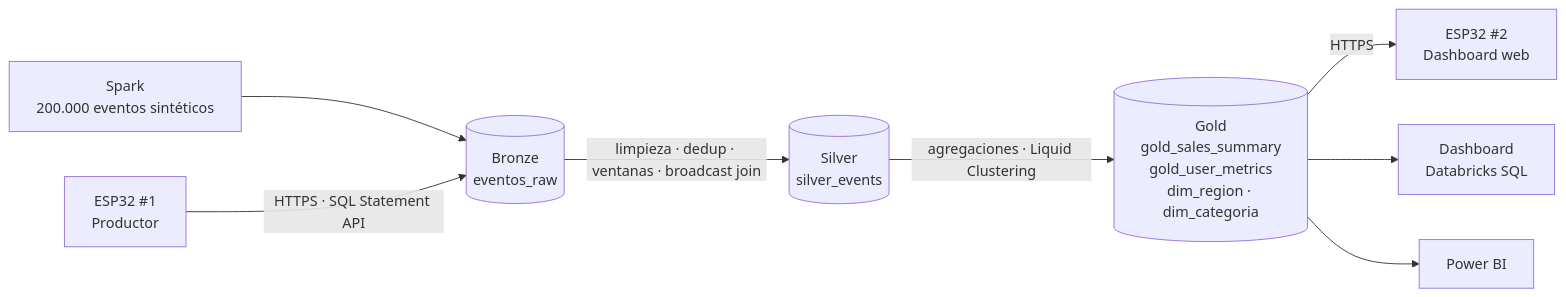
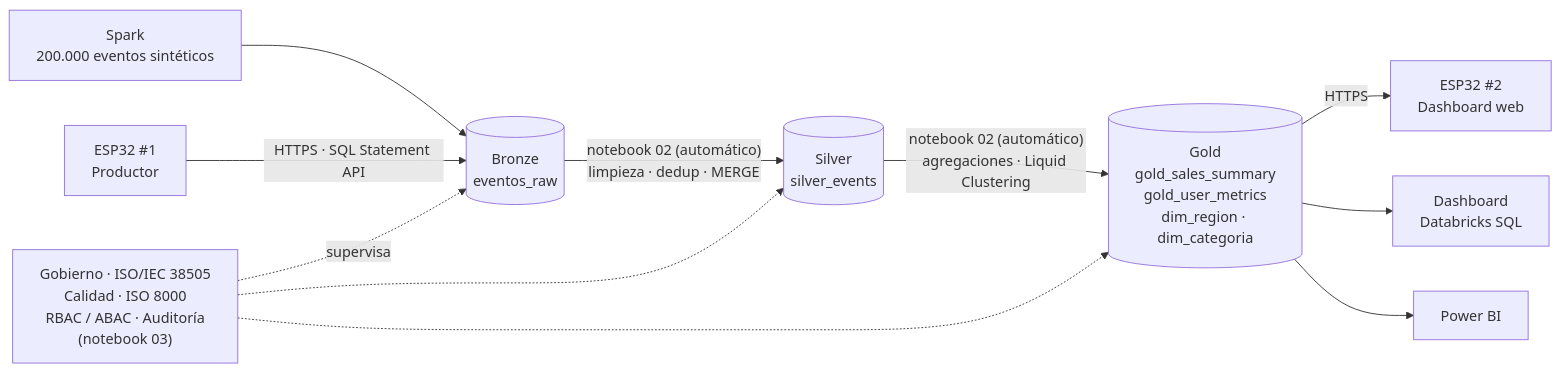
Before and after one commit to shepro28031628/Databricks: the diagram in README.md, drawn with Mermaid. The commit also changed other lines of this file and 5 other files, not shown here.

````diff
--- a/README.md
+++ b/README.md
@@ -9,10 +9,13 @@
 ```mermaid
 flowchart LR
     SP["Spark<br/>200.000 eventos sintéticos"] --> B
     E1["ESP32 #1<br/>Productor"] -- "HTTPS · SQL Statement API" --> B[("Bronze<br/>eventos_raw")]
-    B -- "limpieza · dedup · ventanas · broadcast join" --> S[("Silver<br/>silver_events")]
-    S -- "agregaciones · Liquid Clustering" --> G[("Gold<br/>gold_sales_summary<br/>gold_user_metrics<br/>dim_region · dim_categoria")]
+    B -- "notebook 02 (automático)<br/>limpieza · dedup · MERGE" --> S[("Silver<br/>silver_events")]
+    S -- "notebook 02 (automático)<br/>agregaciones · Liquid Clustering" --> G[("Gold<br/>gold_sales_summary<br/>gold_user_metrics<br/>dim_region · dim_categoria")]
     G -- HTTPS --> E2["ESP32 #2<br/>Dashboard web"]
     G --> DBX["Dashboard<br/>Databricks SQL"]
     G --> PBI["Power BI"]
+    GOV["Gobierno · ISO/IEC 38505<br/>Calidad · ISO 8000<br/>RBAC / ABAC · Auditoría<br/>(notebook 03)"] -. supervisa .-> B
+    GOV -.-> S
+    GOV -.-> G
 ```
````
